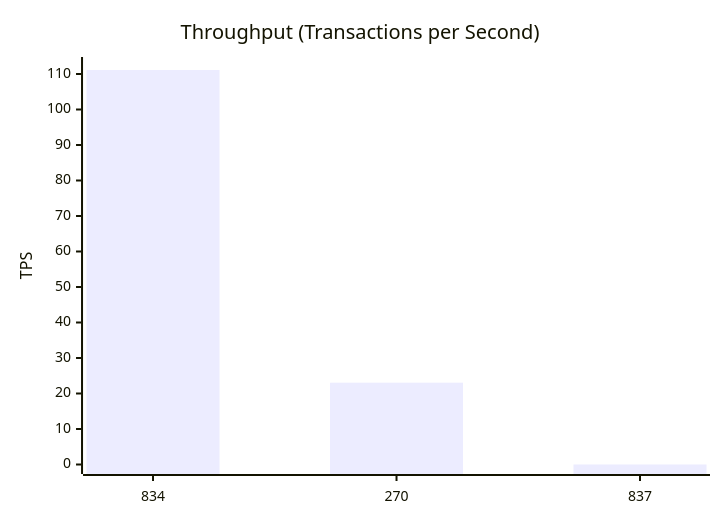
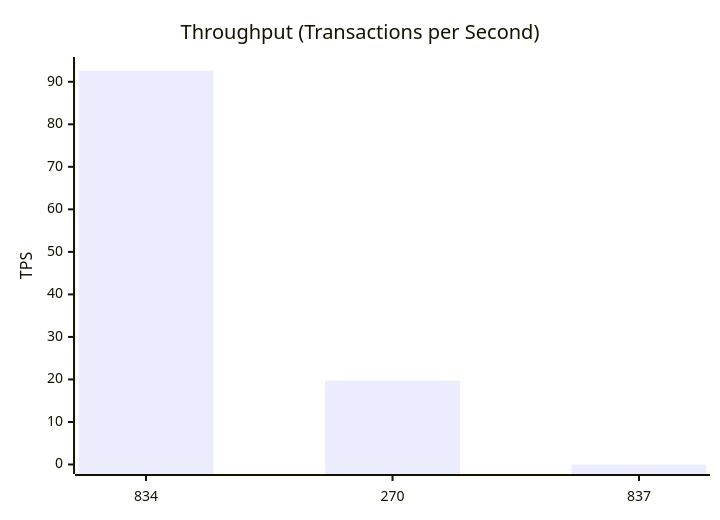
The second of 10 diagrams in test-tools/DataGen/src/Statistics_Visualizer.md (dhagan-va/intern-2025), drawn with Mermaid before and after one commit. The commit also changed other lines of this file and 3 other files, not shown here.

````diff
--- a/test-tools/DataGen/src/Statistics_Visualizer.md
+++ b/test-tools/DataGen/src/Statistics_Visualizer.md
@@ -27,7 +27,7 @@
 ```mermaid
 xychart-beta
     title "Throughput (Transactions per Second)"
     x-axis ["834", "270", "837"]
-    y-axis "TPS" 0 --> 112.11111111111111
-    bar [111.11111111111111, 23.04158083677805, 0.0]
+    y-axis "TPS" 0 --> 93.5925925925926
+    bar [92.5925925925926, 19.76284584980237, 0.0]
 ```
````
